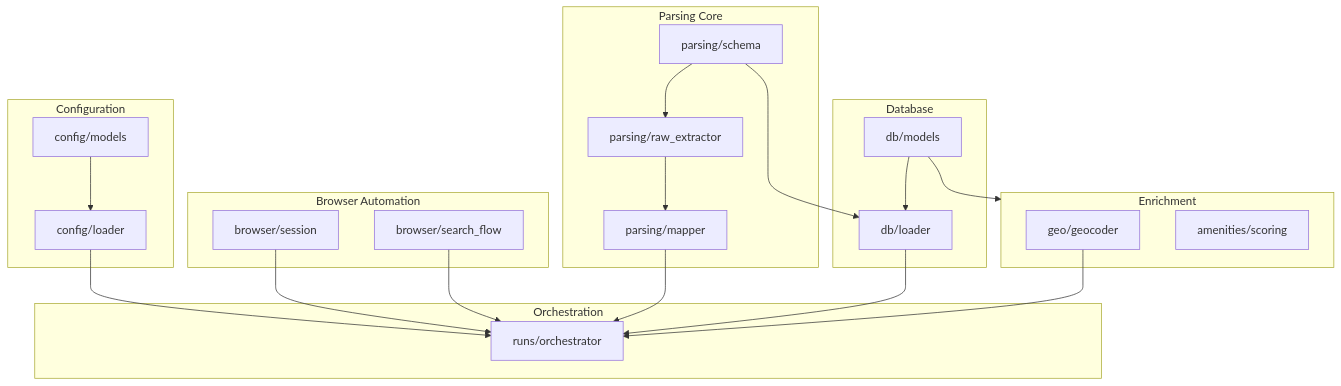
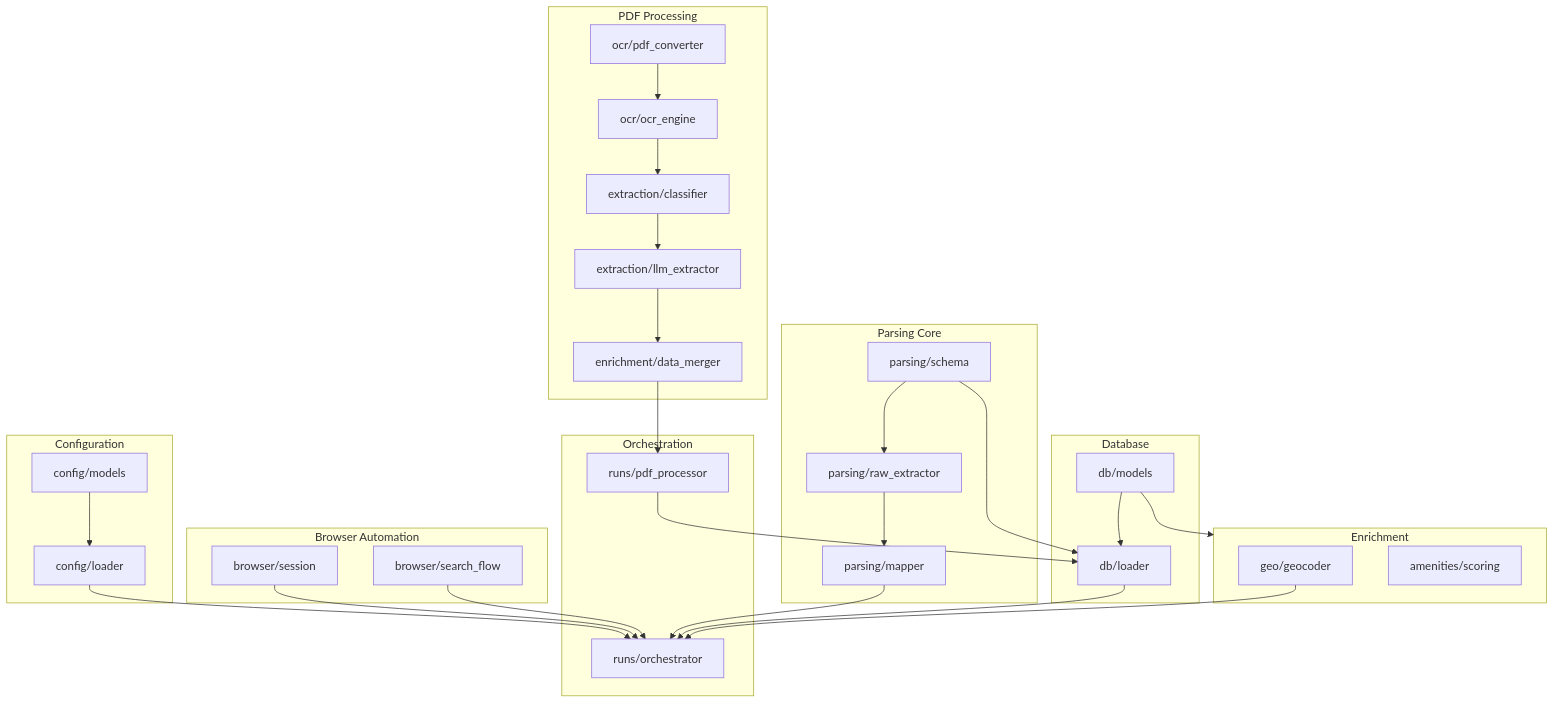
Before and after one commit to sakettamrakar/realmap: the diagram in docs/02-technical/orchestration/dependency_graph.md, drawn with Mermaid. The commit also changed other lines of this file and 195 other files, not shown here.

````diff
--- a/docs/02-technical/orchestration/dependency_graph.md
+++ b/docs/02-technical/orchestration/dependency_graph.md
@@ -9,50 +9,67 @@
 ```mermaid
 graph TB
     subgraph CONFIG["Configuration"]
         CFG_LOADER["config/loader"]
         CFG_MODELS["config/models"]
     end
     
     subgraph BROWSER["Browser Automation"]
         SESSION["browser/session"]
         SEARCH["browser/search_flow"]
     end
     
     subgraph PARSING["Parsing Core"]
         RAW["parsing/raw_extractor"]
         MAP["parsing/mapper"]
         SCH["parsing/schema"]
     end
     
     subgraph DB["Database"]
         ORM["db/models"]
         LOADER["db/loader"]
     end
     
+    subgraph PDFPROC["PDF Processing"]
+        OCR["ocr/ocr_engine"]
+        CONV["ocr/pdf_converter"]
+        CLASS["extraction/classifier"]
+        LLMEXT["extraction/llm_extractor"]
+        MERGER["enrichment/data_merger"]
+    end
+    
     subgraph ENRICH["Enrichment"]
         GEO["geo/geocoder"]
         AMEN["amenities/scoring"]
     end
     
     subgraph ORCH["Orchestration"]
         RUN["runs/orchestrator"]
+        PDFRUN["runs/pdf_processor"]
     end
 
     %% Flows
     CFG_MODELS --> CFG_LOADER
     
     CFG_LOADER --> RUN
     SESSION --> RUN
     SEARCH --> RUN
     
     SCH --> RAW
     RAW --> MAP
     MAP --> RUN
     
     ORM --> LOADER
     SCH --> LOADER
     LOADER --> RUN
     
+    %% PDF Processing flows
+    CONV --> OCR
+    OCR --> CLASS
+    CLASS --> LLMEXT
+    LLMEXT --> MERGER
+    MERGER --> PDFRUN
+    PDFRUN --> LOADER
+    
     ORM --> ENRICH
     GEO --> RUN
 ```
````
